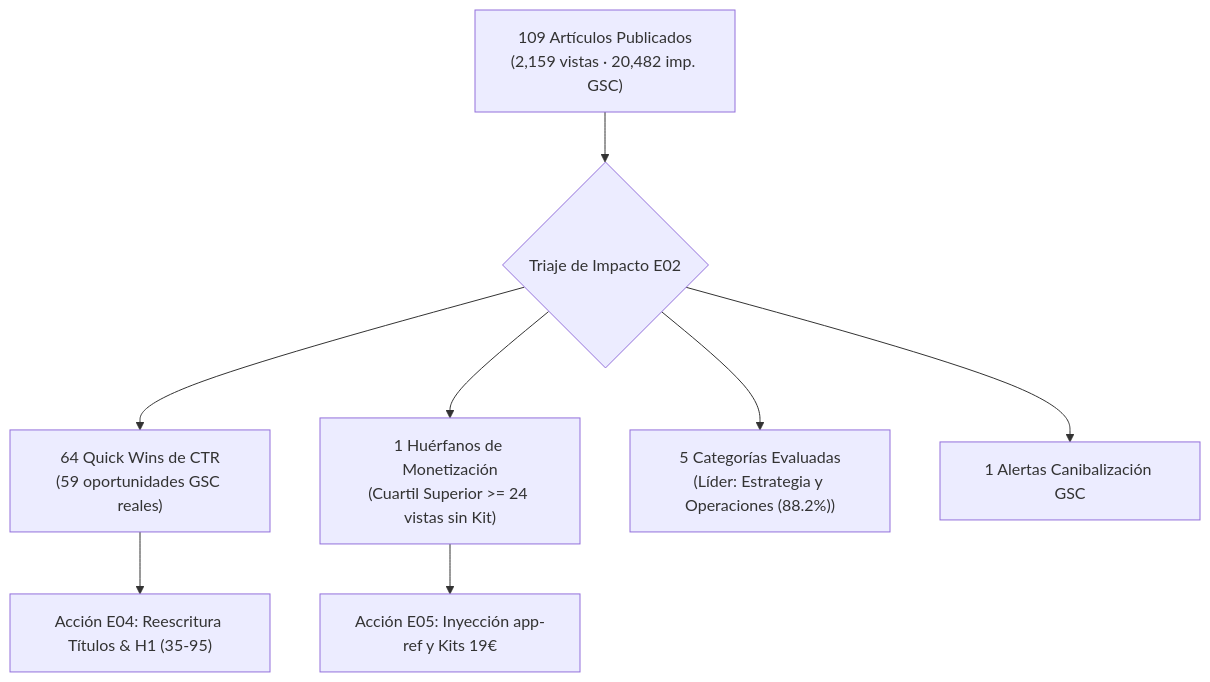
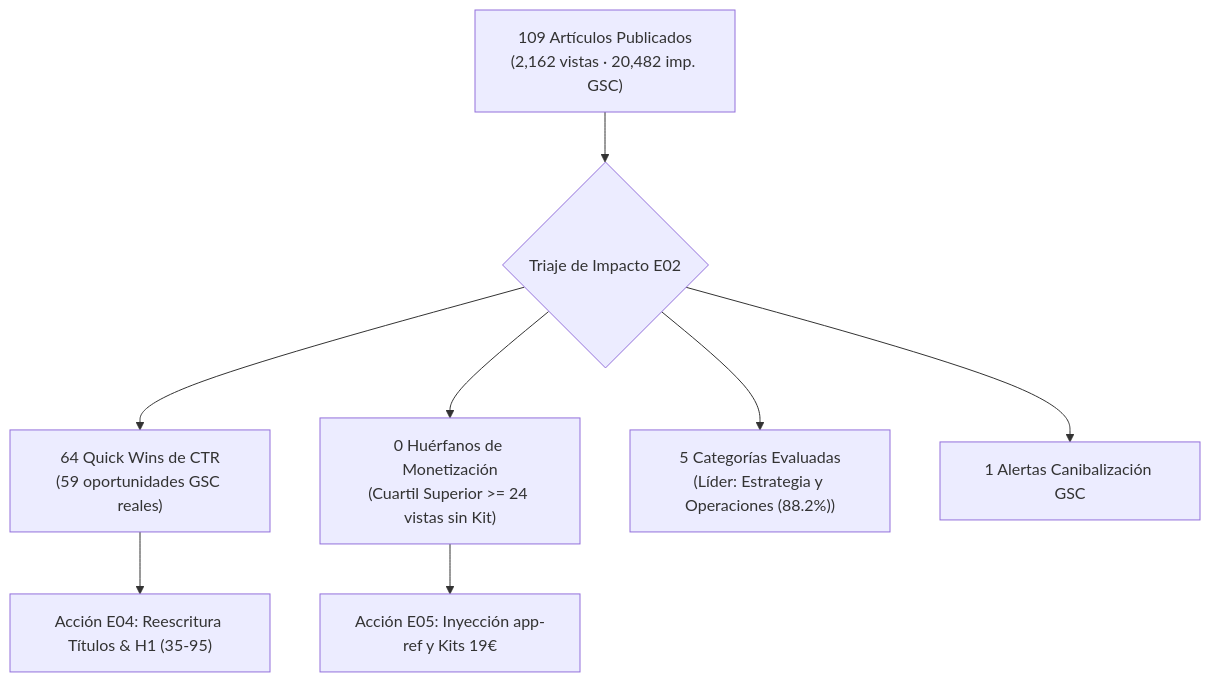
Before and after one commit to Dalaez/datalaria-website: the diagram in specs/audit/IMPACT_REPORT.md, drawn with Mermaid. The commit also changed other lines of this file and 34 other files, not shown here.

Commit message:
feat(editorial): Hito 7.15 Sprint 1A CTR GSC Quick Wins, GEO blocks, canibalizacion graphrag/pgvector y monetizacion happyrobot

````diff
--- a/specs/audit/IMPACT_REPORT.md
+++ b/specs/audit/IMPACT_REPORT.md
@@ -23,10 +23,10 @@
 ```mermaid
 flowchart TD
-    A["109 Artículos Publicados\n(2,159 vistas · 20,482 imp. GSC)"] --> B{"Triaje de Impacto E02"}
+    A["109 Artículos Publicados\n(2,162 vistas · 20,482 imp. GSC)"] --> B{"Triaje de Impacto E02"}
     B --> C["64 Quick Wins de CTR\n(59 oportunidades GSC reales)"]
-    B --> D["1 Huérfanos de Monetización\n(Cuartil Superior >= 24 vistas sin Kit)"]
+    B --> D["0 Huérfanos de Monetización\n(Cuartil Superior >= 24 vistas sin Kit)"]
     B --> E["5 Categorías Evaluadas\n(Líder: Estrategia y Operaciones (88.2%))"]
     B --> H["1 Alertas Canibalización GSC"]
     C --> F["Acción E04: Reescritura Títulos & H1 (35-95)"]
     D --> G["Acción E05: Inyección app-ref y Kits 19€"]
 ```
````
